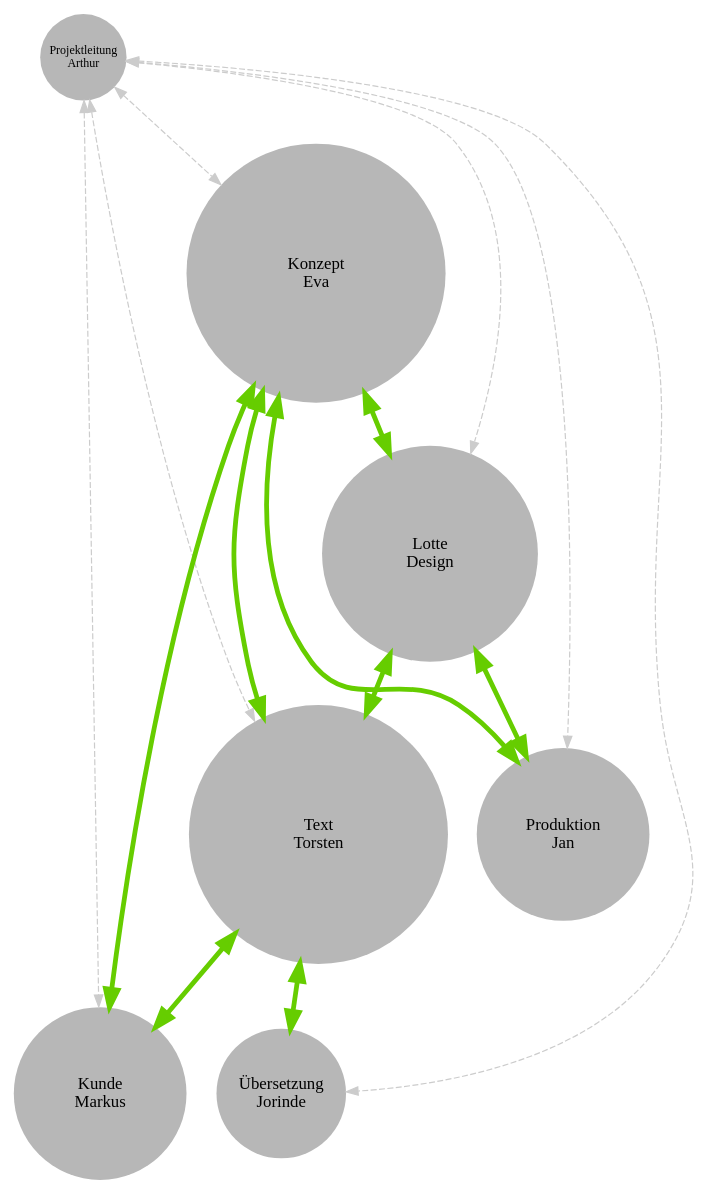
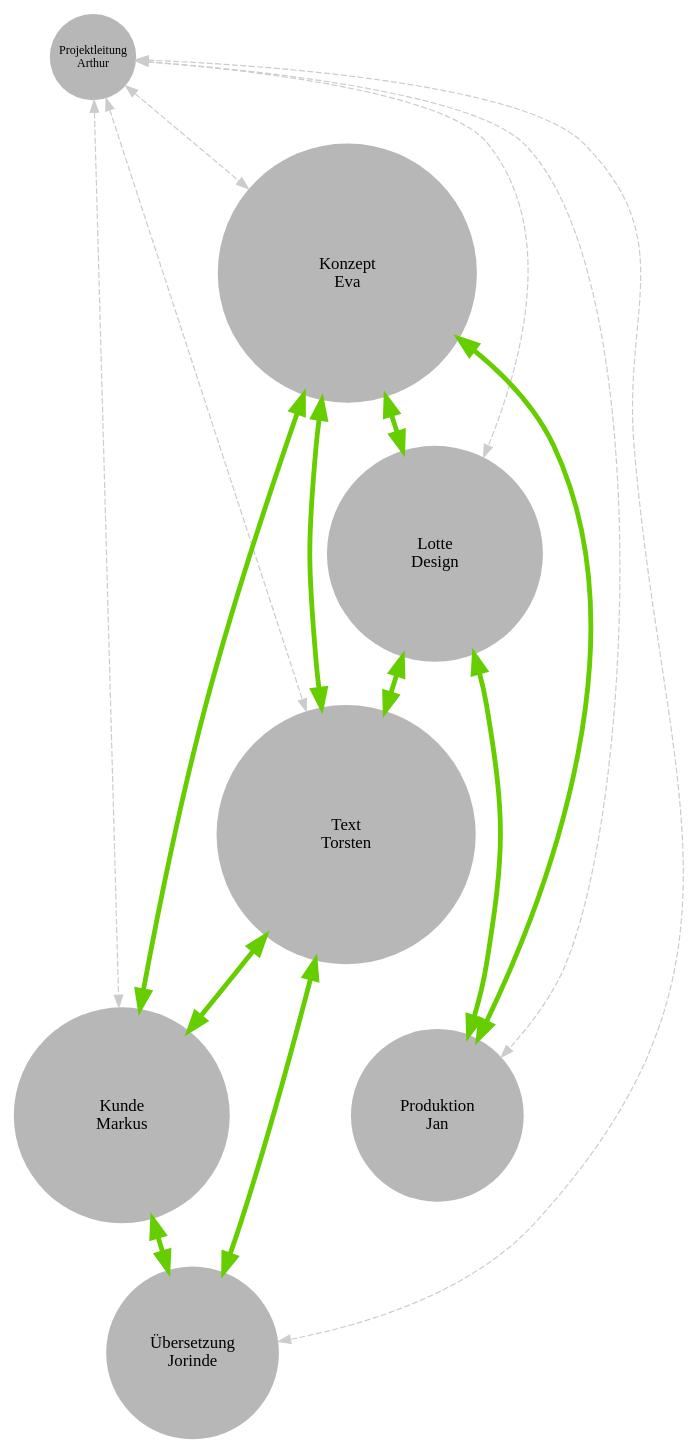
One commit to retext/retext changed the diagram in documents/thesis/media/personas-gewichtet.dot. Above: the diagram before and after it, drawn with Graphviz. The commit also changed 3 other files, not shown here.

```diff
--- a/documents/thesis/media/personas-gewichtet.dot
+++ b/documents/thesis/media/personas-gewichtet.dot
@@ -1,34 +1,36 @@
 # neato
 digraph G {
-overlap=scale
+
+
 
 edge [ dir=both penwidth=4 color="#66cd00" ]
 node [ shape=circle fixedsize=1 width=1 fontsize=14 fillcolor="#B7B7B7" style=filled penwidth=0 ]
 
 arthur [ label="Projektleitung\nArthur" fontsize=10 ]
 eva [ label="Konzept\nEva" width=3 ]
 lotte [ label="Lotte\nDesign" width=2.5 ]
 torsten [ label="Text\nTorsten" width=3 ]
-markus [ label="Kunde\nMarkus"  width=2 ]
-jorinde [ label="Übersetzung\nJorinde" width=1.5 ]
+markus [ label="Kunde\nMarkus"  width=2.5 ]
+jorinde [ label="Übersetzung\nJorinde" width=2 ]
 jan [ label="Produktion\nJan" width=2 ]
 
-edge [ penwidth=1 arrowsize=1 color="#CCCCCC" weight=0.1 style=dashed len=5 ]
+edge [ penwidth=1 arrowsize=1 color="#CCCCCC" weight=0.1 style=dashed len=6 ]
 arthur -> eva
 arthur -> markus
 arthur -> torsten
 arthur -> lotte
 arthur -> jan
 arthur -> jorinde
 
-edge [ len=4 arrowsize=1.5  penwidth=4 style=solid color="#66cd00" ]
+edge [ arrowsize=1.5  penwidth=4 style=solid color="#66cd00" len=5 ]
 eva -> markus
 eva -> lotte
 eva -> torsten
 eva -> jan
 lotte -> jan
 lotte -> torsten
 torsten -> jorinde
 torsten -> markus
+markus -> jorinde
 
 }
```
